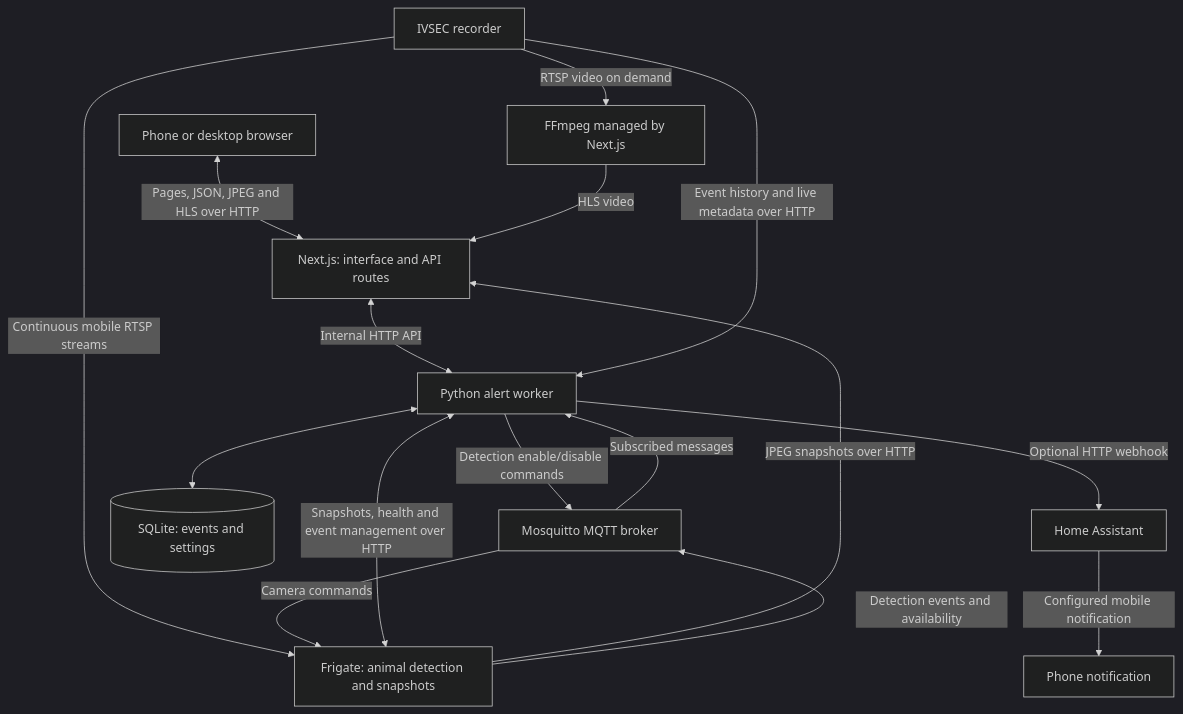
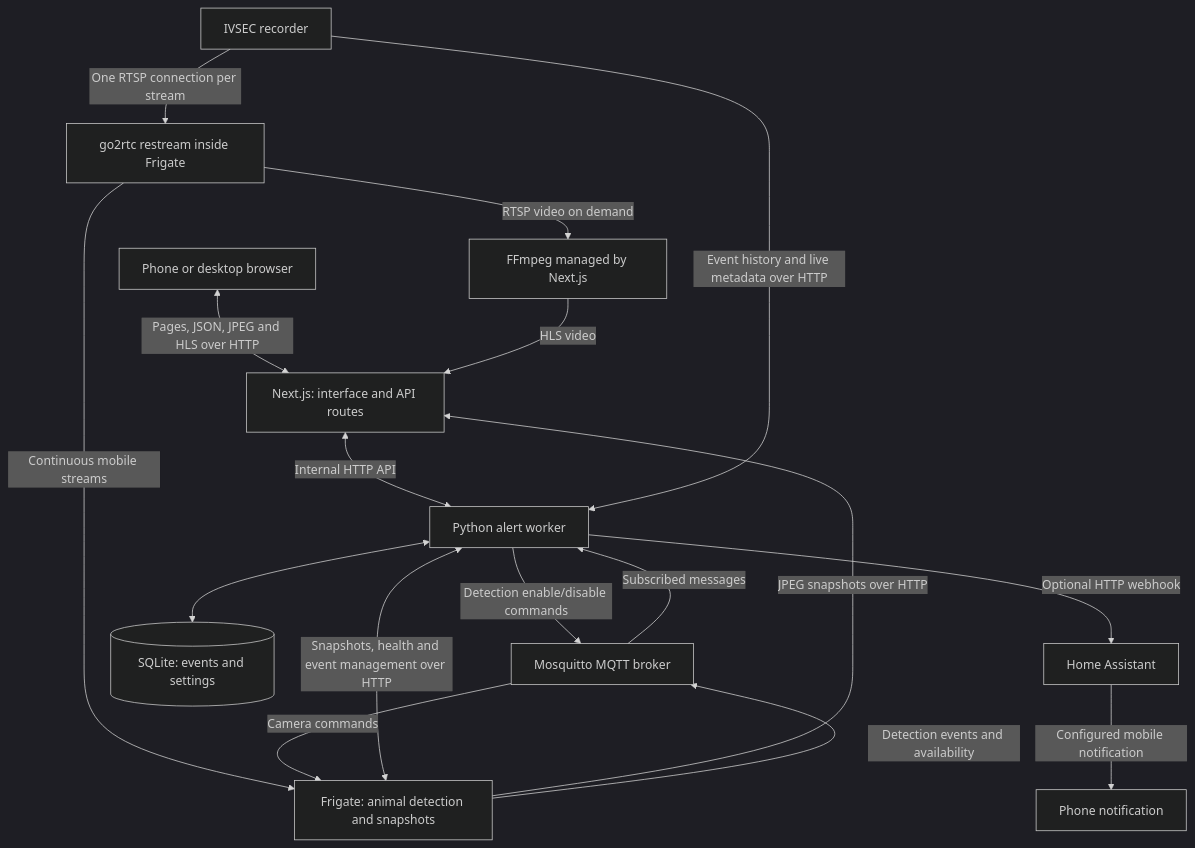
The diagram in sentinel_web/architecture.md (Thrane20/sentinel), drawn with Mermaid (dark theme) before and after one commit. The commit also changed other lines of this file and 22 other files, not shown here.

````diff
--- a/sentinel_web/architecture.md
+++ b/sentinel_web/architecture.md
@@ -9,18 +9,19 @@
 ```mermaid
 flowchart TD
     Browser[Phone or desktop browser] <-->|Pages, JSON, JPEG and HLS over HTTP| Next[Next.js: interface and API routes]
-    Recorder[IVSEC recorder] -->|RTSP video on demand| FFmpeg[FFmpeg managed by Next.js]
+    Recorder[IVSEC recorder] -->|One RTSP connection per stream| Go2rtc[go2rtc restream inside Frigate]
+    Go2rtc -->|RTSP video on demand| FFmpeg[FFmpeg managed by Next.js]
     FFmpeg -->|HLS video| Next
-    Recorder -->|Continuous mobile RTSP streams| Frigate[Frigate: animal detection and snapshots]
+    Go2rtc -->|Continuous mobile streams| Frigate[Frigate: animal detection and snapshots]
     Frigate -->|JPEG snapshots over HTTP| Next
     Next <-->|Internal HTTP API| Worker[Python alert worker]
     Recorder -->|Event history and live metadata over HTTP| Worker
     Frigate -->|Detection events and availability| MQTT[Mosquitto MQTT broker]
     MQTT -->|Subscribed messages| Worker
     Worker -->|Detection enable/disable commands| MQTT
     MQTT -->|Camera commands| Frigate
     Worker <-->|Snapshots, health and event management over HTTP| Frigate
     Worker <--> DB[(SQLite: events and settings)]
     Worker -->|Optional HTTP webhook| HA[Home Assistant]
     HA -->|Configured mobile notification| Phone[Phone notification]
 ```
````
